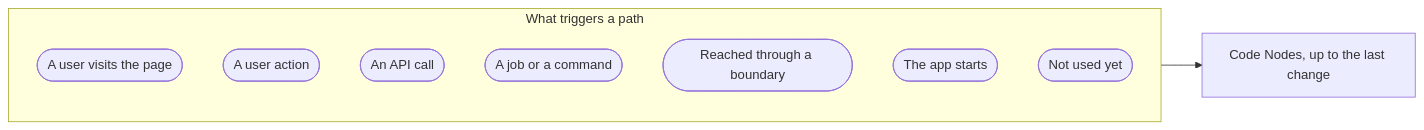
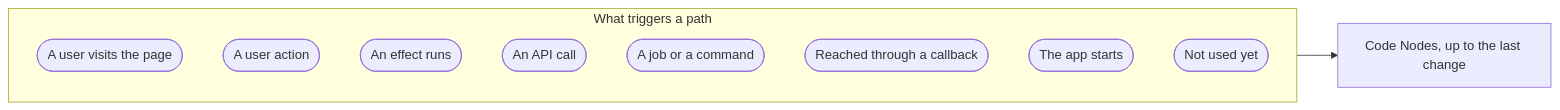
Before and after one commit to kidlat-dakila/flight-plan: the second of 4 diagrams in docs/vocabulary/journey-flow-diagram.md, drawn with Mermaid. The commit also changed other lines of this file and 400 other files, not shown here.

````diff
--- a/docs/vocabulary/journey-flow-diagram.md
+++ b/docs/vocabulary/journey-flow-diagram.md
@@ -70,14 +74,15 @@
 ```mermaid
 flowchart LR
   subgraph triggers["What triggers a path"]
     direction TB
     visit(["A user visits the page"])
     action(["A user action"])
+    effect(["An effect runs"])
     api(["An API call"])
     command(["A job or a command"])
-    boundary(["Reached through a boundary"])
+    boundary(["Reached through a callback"])
     start(["The app starts"])
     unused(["Not used yet"])
   end
   triggers --> code["Code Nodes, up to the last change"]
 ```
````
